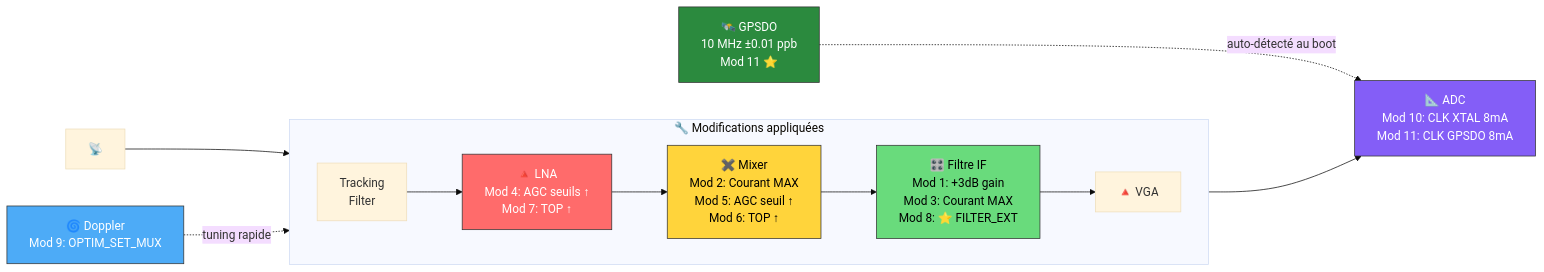
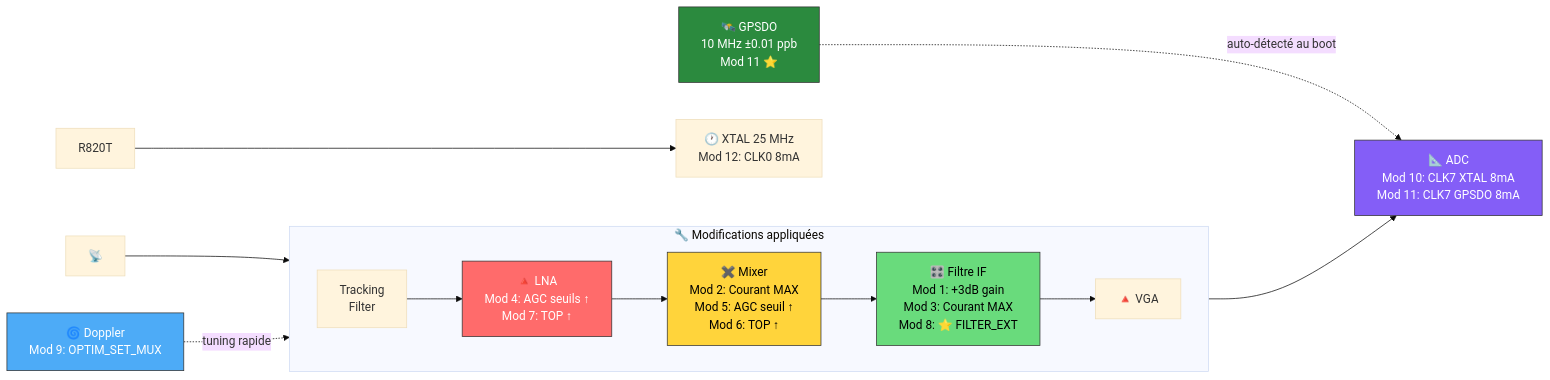
Before and after one commit to f4tnk/airspyone_firmware: the fourth of 20 diagrams in OPTIMIZATION-LEO-SAT-F4TNK.md, drawn with Mermaid (base theme). The commit also changed other lines of this file, not shown here.

First line of the commit message:
docs: Mod 12 — SI5351C CLK0 8mA documentation (register table, flowchart, justification)

````diff
--- a/OPTIMIZATION-LEO-SAT-F4TNK.md
+++ b/OPTIMIZATION-LEO-SAT-F4TNK.md
@@ -197,27 +197,28 @@
 ```mermaid
 flowchart LR
     ANT["📡"] --> TF["Tracking<br/>Filter"]
 
     subgraph "🔧 Modifications appliquées"
         direction LR
         TF --> LNA["🔺 LNA<br/>Mod 4: AGC seuils ↑<br/>Mod 7: TOP ↑"]
         LNA --> MIX["✖️ Mixer<br/>Mod 2: Courant MAX<br/>Mod 5: AGC seuil ↑<br/>Mod 6: TOP ↑"]
         MIX --> FILT["🎛️ Filtre IF<br/>Mod 1: +3dB gain<br/>Mod 3: Courant MAX<br/>Mod 8: ⭐ FILTER_EXT"]
         FILT --> VGA["🔺 VGA"]
     end
 
-    VGA --> ADC["📐 ADC<br/>Mod 10: CLK XTAL 8mA<br/>Mod 11: CLK GPSDO 8mA"]
+    VGA --> ADC["📐 ADC<br/>Mod 10: CLK7 XTAL 8mA<br/>Mod 11: CLK7 GPSDO 8mA"]
+    R820T --> R820T_CLK["🕐 XTAL 25 MHz<br/>Mod 12: CLK0 8mA"]
 
     DOPPLER["🌀 Doppler<br/>Mod 9: OPTIM_SET_MUX"]
     DOPPLER -.->|"tuning rapide"| MIX
 
     GPSDO["🛰️ GPSDO<br/>10 MHz ±0.01 ppb<br/>Mod 11 ⭐"]
     GPSDO -.->|"auto-détecté au boot"| ADC
 
     style LNA fill:#ff6b6b,stroke:#333,color:#fff
     style MIX fill:#ffd43b,stroke:#333,color:#000
     style FILT fill:#69db7c,stroke:#333,color:#000
     style ADC fill:#845ef7,stroke:#333,color:#fff
     style DOPPLER fill:#4dabf7,stroke:#333,color:#fff
     style GPSDO fill:#2b8a3e,stroke:#333,color:#fff
 ```
````
